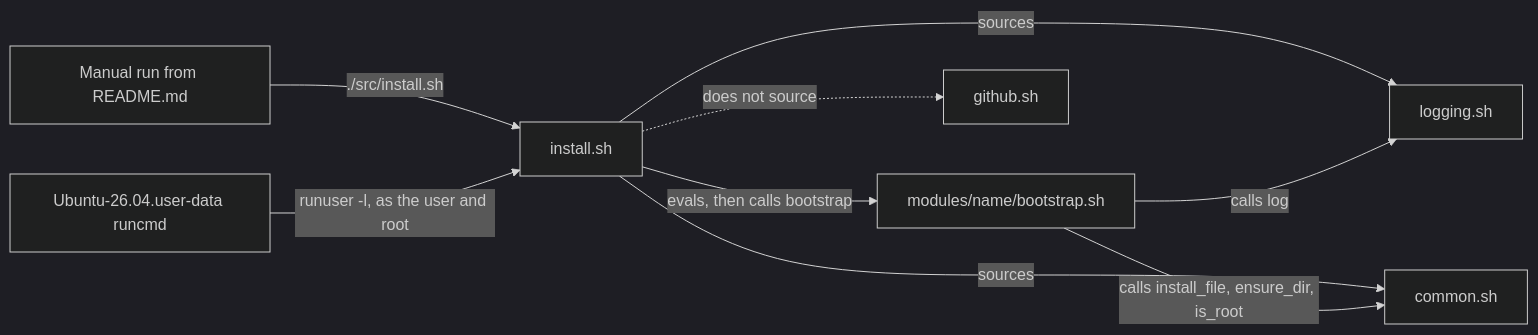
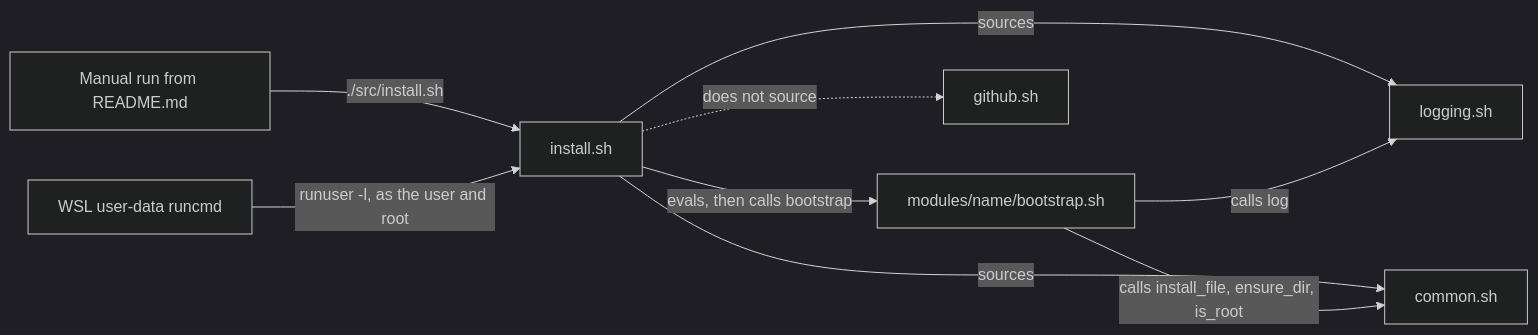
One commit to froazin/dotfiles changed the first of 2 diagrams in docs/installer.md. Above: the diagram before and after it, drawn with Mermaid (dark theme). The commit also changed other lines of this file and 5 other files, not shown here.

First line of the commit message:
docs(wsl): Point at the WSL user-data's fragments (#16)

````diff
--- a/docs/installer.md
+++ b/docs/installer.md
@@ -23,13 +23,13 @@
 ```mermaid
 flowchart LR
     accTitle: Where the installer sits
     accDescr: A person or the WSL user-data runs install.sh. It sources logging.sh and common.sh, then evaluates each module's bootstrap.sh, which calls the shared helpers. install.sh doesn't source github.sh.
     readme["Manual run from README.md"] -->|"./src/install.sh"| install["install.sh"]
-    userdata["Ubuntu-26.04.user-data runcmd"] -->|"runuser -l, as the user and root"| install
+    userdata["WSL user-data runcmd"] -->|"runuser -l, as the user and root"| install
     install -->|"sources"| logging["logging.sh"]
     install -->|"sources"| common["common.sh"]
     install -->|"evals, then calls bootstrap"| modules["modules/name/bootstrap.sh"]
     modules -->|"calls log"| logging
     modules -->|"calls install_file, ensure_dir, is_root"| common
     install -.->|"does not source"| github["github.sh"]
 ```
````
